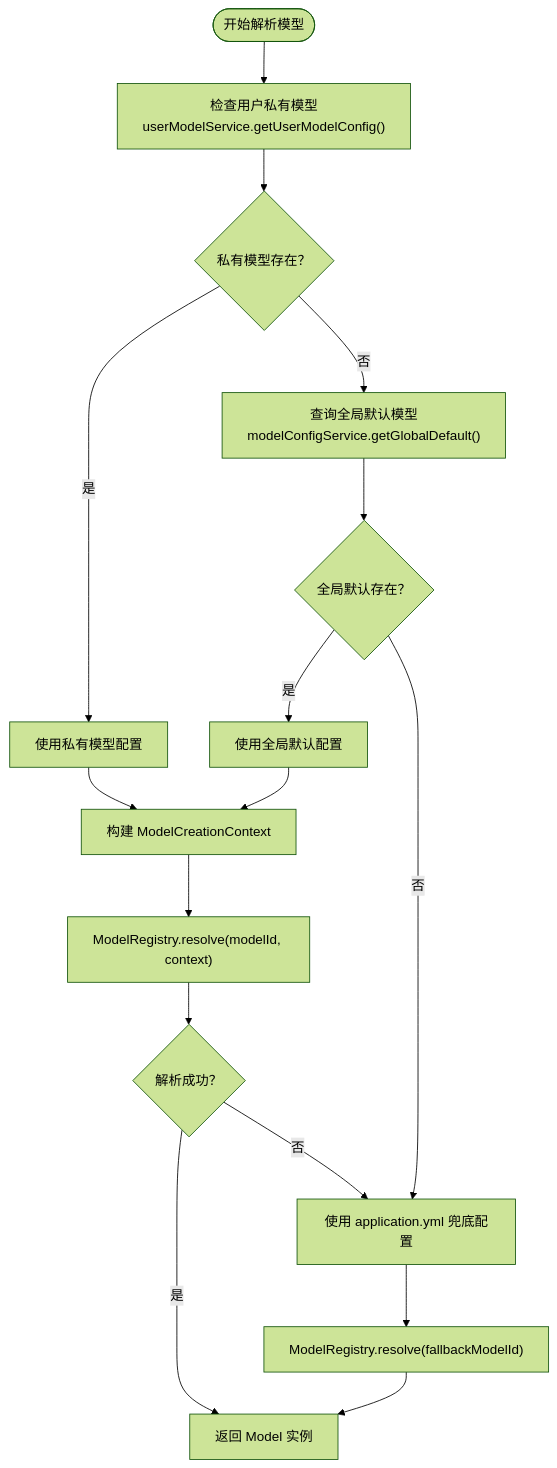
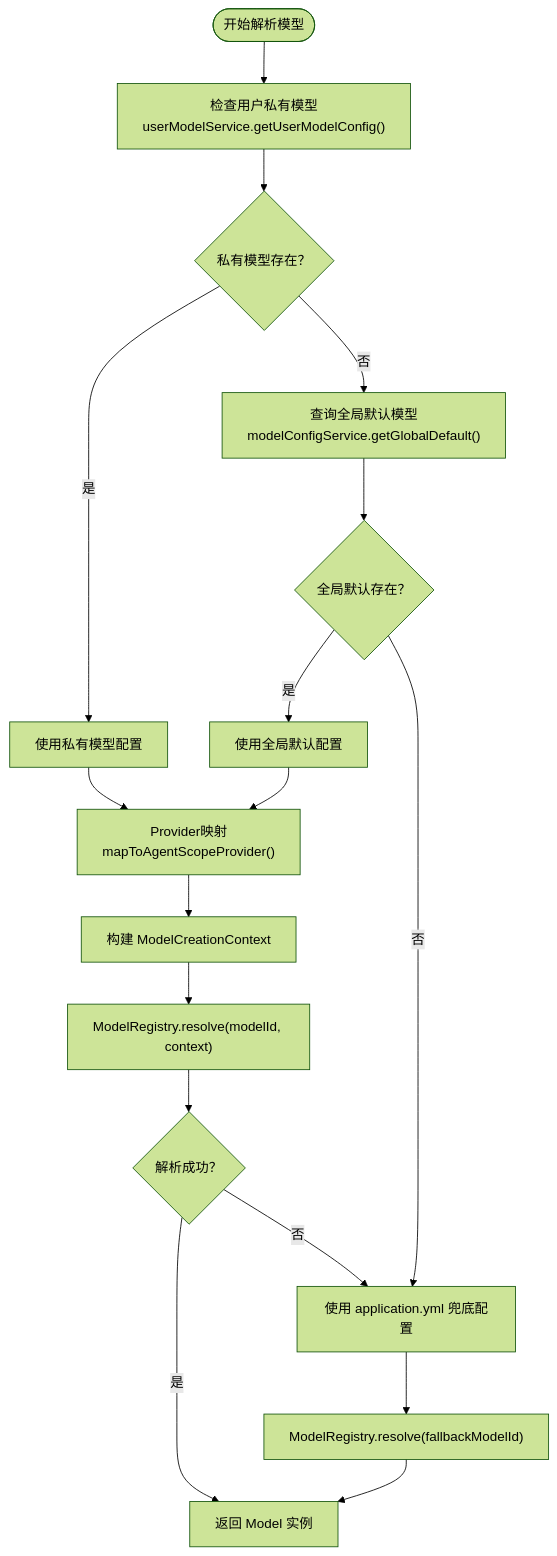
Before and after one commit to Miss-zhi/OfferPilot: the fourth of 5 diagrams in .qoder/repowiki/zh/content/AgentScope 核心机制深度解析.md, drawn with Mermaid (forest theme). The commit also changed other lines of this file and 115 other files, not shown here.

````diff
--- a/.qoder/repowiki/zh/content/AgentScope 核心机制深度解析.md
+++ b/.qoder/repowiki/zh/content/AgentScope 核心机制深度解析.md
@@ -163,18 +168,19 @@
 ```mermaid
 flowchart TD
 Start(["开始解析模型"]) --> CheckPrivate["检查用户私有模型<br/>userModelService.getUserModelConfig()"]
 CheckPrivate --> PrivateExists{"私有模型存在？"}
 PrivateExists --> |是| UsePrivate["使用私有模型配置"]
 PrivateExists --> |否| CheckGlobal["查询全局默认模型<br/>modelConfigService.getGlobalDefault()"]
 CheckGlobal --> GlobalExists{"全局默认存在？"}
 GlobalExists --> |是| UseGlobal["使用全局默认配置"]
 GlobalExists --> |否| UseFallback["使用 application.yml 兜底配置"]
-UsePrivate --> BuildContext["构建 ModelCreationContext"]
-UseGlobal --> BuildContext
+UsePrivate --> MapProvider["Provider映射<br/>mapToAgentScopeProvider()"]
+UseGlobal --> MapProvider
+MapProvider --> BuildContext["构建 ModelCreationContext"]
 BuildContext --> ResolveModel["ModelRegistry.resolve(modelId, context)"]
 ResolveModel --> Success{"解析成功？"}
 Success --> |是| ReturnModel["返回 Model 实例"]
 Success --> |否| UseFallback
 UseFallback --> FallbackResolve["ModelRegistry.resolve(fallbackModelId)"]
 FallbackResolve --> ReturnModel
 ```
````
